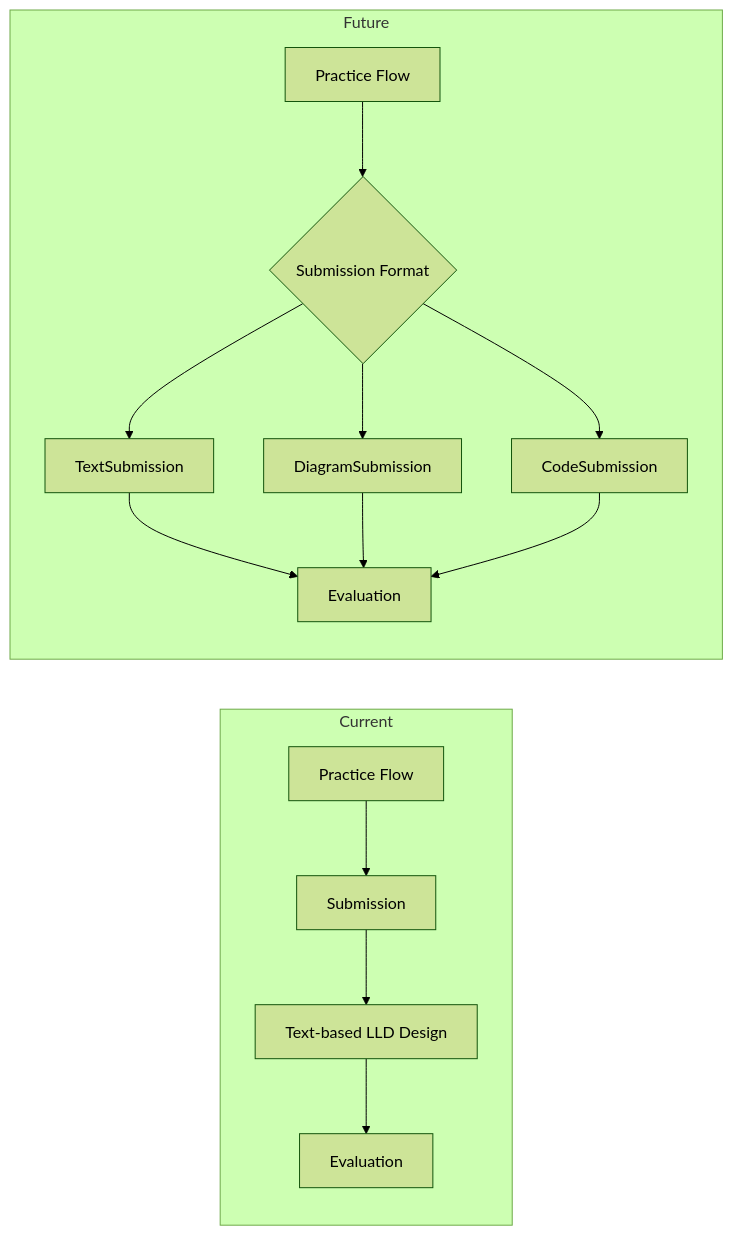
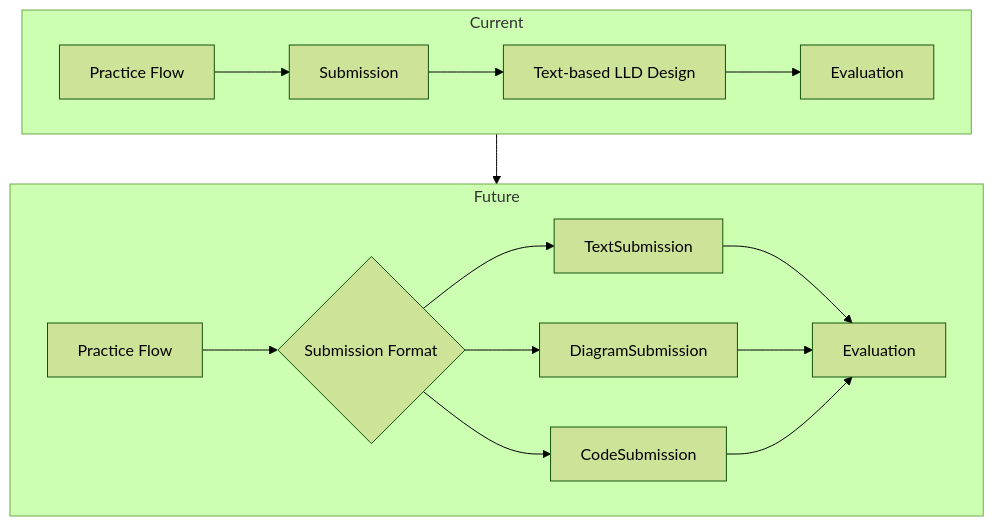
One commit to shaurya-sehgal5/LLD changed the sixth of 7 diagrams in README.md. Above: the diagram before and after it, drawn with Mermaid (forest theme). The commit also changed other lines of this file, not shown here.

````diff
--- a/README.md
+++ b/README.md
@@ -567,16 +656,20 @@
 ```mermaid
-flowchart LR
+flowchart TB
     subgraph CURRENT[Current]
+        direction LR
         C1[Practice Flow] --> C2[Submission] --> C3["Text-based LLD Design"] --> C4[Evaluation]
     end
 
     subgraph FUTURE[Future]
+        direction LR
         F1[Practice Flow] --> F2{Submission Format}
         F2 --> F3[TextSubmission]
         F2 --> F4[DiagramSubmission]
         F2 --> F5[CodeSubmission]
         F3 --> F6[Evaluation]
         F4 --> F6
         F5 --> F6
     end
+
+    CURRENT --> FUTURE
 ```
````
